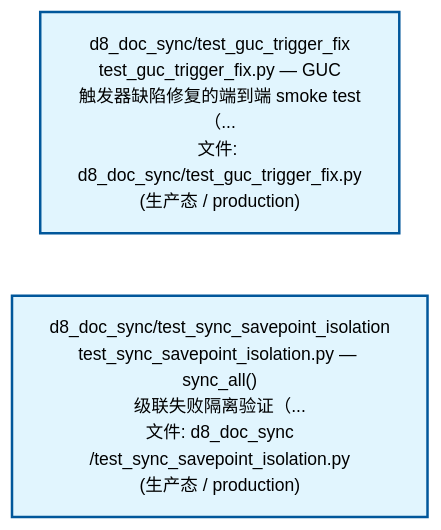
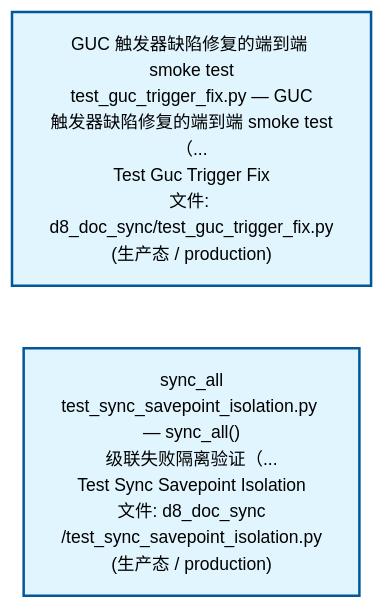
Before and after one commit to xuanFelixVan/ZephyrAlpha: the second of 4 diagrams in docs/02_enterprise_architecture/02_domain_architecture_docs/51_d_gov_docs.md, drawn with Mermaid. The commit also changed other lines of this file and 58 other files, not shown here.

````diff
--- a/docs/02_enterprise_architecture/02_domain_architecture_docs/51_d_gov_docs.md
+++ b/docs/02_enterprise_architecture/02_domain_architecture_docs/51_d_gov_docs.md
@@ -121,12 +121,12 @@
 ```mermaid
 %%{init: {'theme': 'base', 'themeVariables': {'primaryColor': '#eaeaea', 'primaryTextColor': '#333333', 'primaryBorderColor': '#666666', 'lineColor': '#666666', 'secondaryColor': '#eaeaea', 'tertiaryColor': '#eaeaea', 'fontSize': '14px'}}}%%
 flowchart TD
-    tests_governance_d8_doc_sync_test_guc_trigger_fix_py["d8_doc_sync/test_guc_trigger_fix<br/>test_guc_trigger_fix.py — GUC<br/>触发器缺陷修复的端到端 smoke test（...<br/>文件: d8_doc_sync/test_guc_trigger_fix.py<br/>(生产态 / production)"]
-    tests_governance_d8_doc_sync_test_sync_savepoint_isolation_py["d8_doc_sync/test_sync_savepoint_isolation<br/>test_sync_savepoint_isolation.py — sync_all()<br/>级联失败隔离验证（...<br/>文件: d8_doc_sync<br/>/test_sync_savepoint_isolation.py<br/>(生产态 / production)"]
+    tests_governance_d8_doc_sync_test_guc_trigger_fix_py["GUC 触发器缺陷修复的端到端 smoke test<br/>test_guc_trigger_fix.py — GUC<br/>触发器缺陷修复的端到端 smoke test（...<br/>Test Guc Trigger Fix<br/>文件: d8_doc_sync/test_guc_trigger_fix.py<br/>(生产态 / production)"]
+    tests_governance_d8_doc_sync_test_sync_savepoint_isolation_py["sync_all<br/>test_sync_savepoint_isolation.py — sync_all()<br/>级联失败隔离验证（...<br/>Test Sync Savepoint Isolation<br/>文件: d8_doc_sync<br/>/test_sync_savepoint_isolation.py<br/>(生产态 / production)"]
     tests_governance_d8_doc_sync_test_guc_trigger_fix_py ~~~ tests_governance_d8_doc_sync_test_sync_savepoint_isolation_py
     classDef production fill:#e1f5fe,stroke:#01579b,stroke-width:2px,color:#000
     classDef design fill:#fff3e0,stroke:#e65100,stroke-width:2px,color:#000,stroke-dasharray: 5 5
     classDef external_prod fill:#e8f4fd,stroke:#0277bd,stroke-width:1px,color:#000
     classDef external_design fill:#fff8e7,stroke:#ef6c00,stroke-width:1px,color:#000,stroke-dasharray: 5 5
     class tests_governance_d8_doc_sync_test_guc_trigger_fix_py,tests_governance_d8_doc_sync_test_sync_savepoint_isolation_py production
 ```
````
